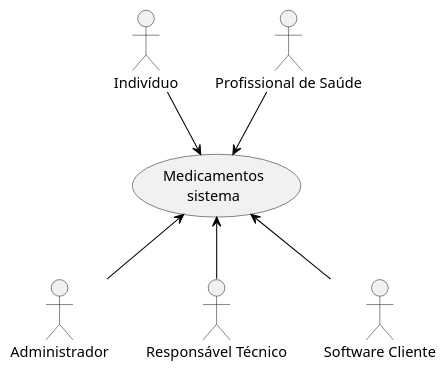
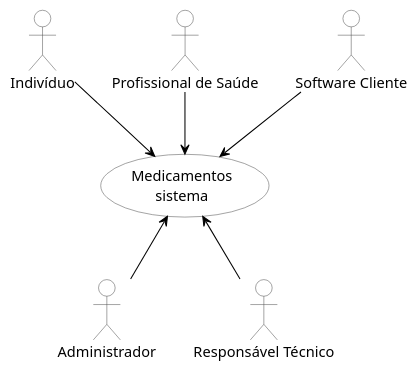
The diagram in UML/contexto.puml (kyriosdata/medicamentos), drawn with PlantUML before and after one commit. The commit also changed 1 other file, not shown here.

```diff
--- a/UML/contexto.puml
+++ b/UML/contexto.puml
@@ -1,28 +1,34 @@
 @startuml contexto
 
 hide circle
 hide methods
 hide empty members
 
-skinparam class {
+skinparam usecase {
+    BackgroundColor White
+    ArrowColor Black
+    BorderColor #505050
+}
+
+skinparam actor {
     BackgroundColor White
     ArrowColor Black
     BorderColor #505050
 }
 
 actor Indivíduo
 actor :Profissional de Saúde: as PS
+actor :Software Cliente: as CLIENTE 
 actor Administrador
 actor :Responsável Técnico: as TECNICO
-actor :Software Cliente: as CLIENTE 
 
 (Medicamentos\nsistema) as SISTEMA
 
 Indivíduo --> SISTEMA
 PS --> SISTEMA
+CLIENTE --> SISTEMA
 
 Administrador -up-> SISTEMA
 TECNICO -up-> SISTEMA
-CLIENTE -up-> SISTEMA
 
 @enduml
```
